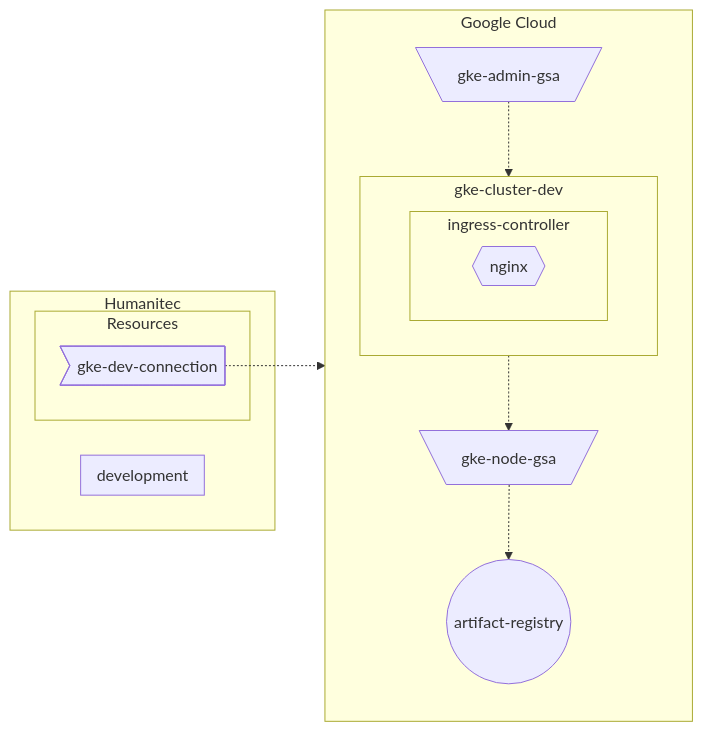
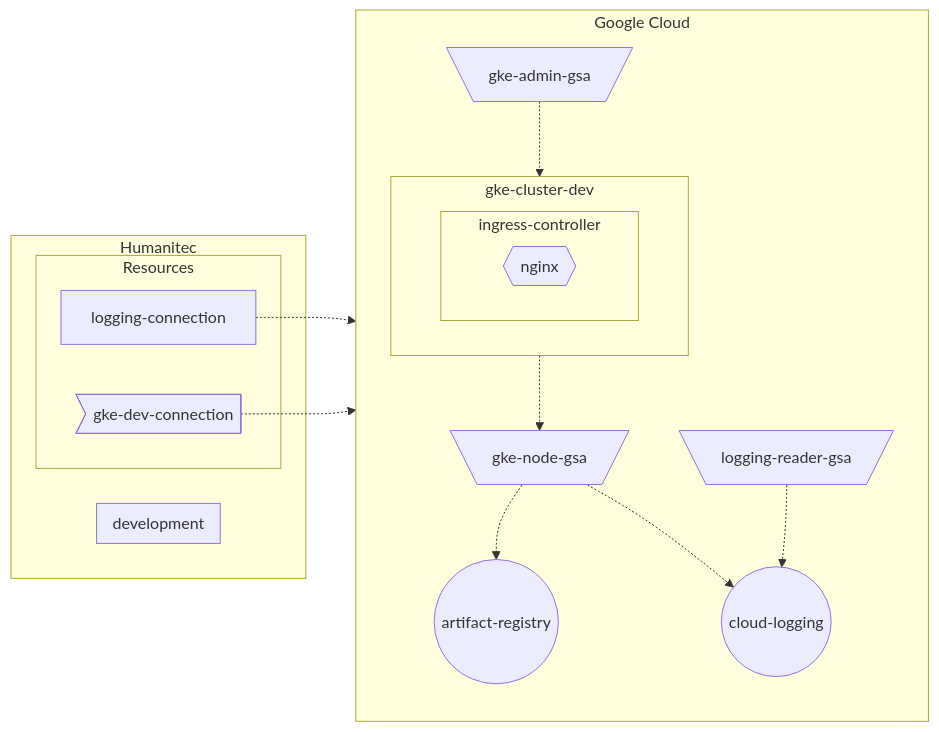
The second of 2 diagrams in docs/gke-setup.md (mathieu-benoit/hello-humanitec), drawn with Mermaid before and after one commit. The commit also changed other lines of this file, not shown here.

````diff
--- a/docs/gke-setup.md
+++ b/docs/gke-setup.md
@@ -52,23 +58,29 @@
 ```mermaid
 flowchart LR
   subgraph Humanitec
     subgraph development
     end
     subgraph Resources
         gke-dev-connection>gke-dev-connection]
+	logging-connection
     end
   end
   subgraph Google Cloud
     direction TB
     gke-admin-gsa[\gke-admin-gsa/]
     subgraph gke-cluster-dev
         subgraph ingress-controller
             nginx{{nginx}}
         end
     end
+    logging-reader-gsa[\logging-reader-gsa/]
+    cloud-logging((cloud-logging))
     gke-cluster-dev-.->gke-node-gsa[\gke-node-gsa/]
     gke-node-gsa-.->artifact-registry((artifact-registry))
+    gke-node-gsa-.->cloud-logging
   end
+  logging-connection-.->logging-reader-gsa
+  logging-reader-gsa-.->cloud-logging
   gke-dev-connection-.->gke-admin-gsa
   gke-admin-gsa-.->gke-cluster-dev
 ```
````
